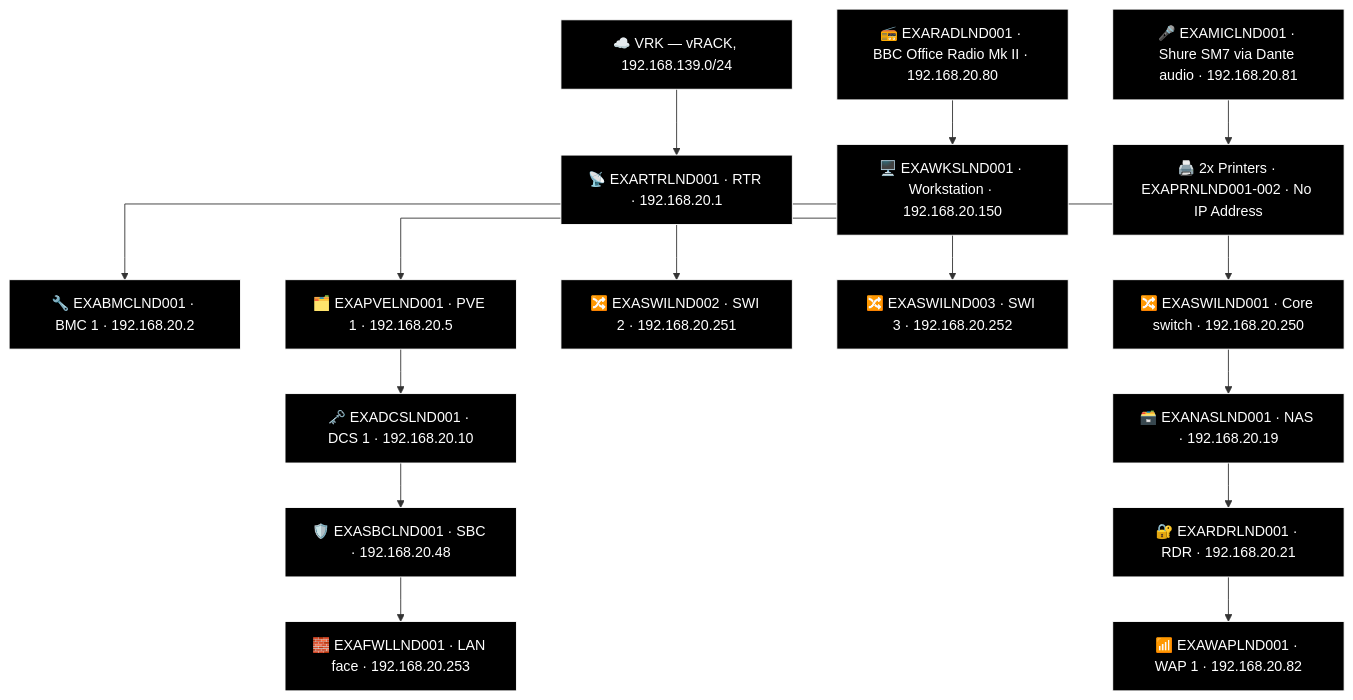
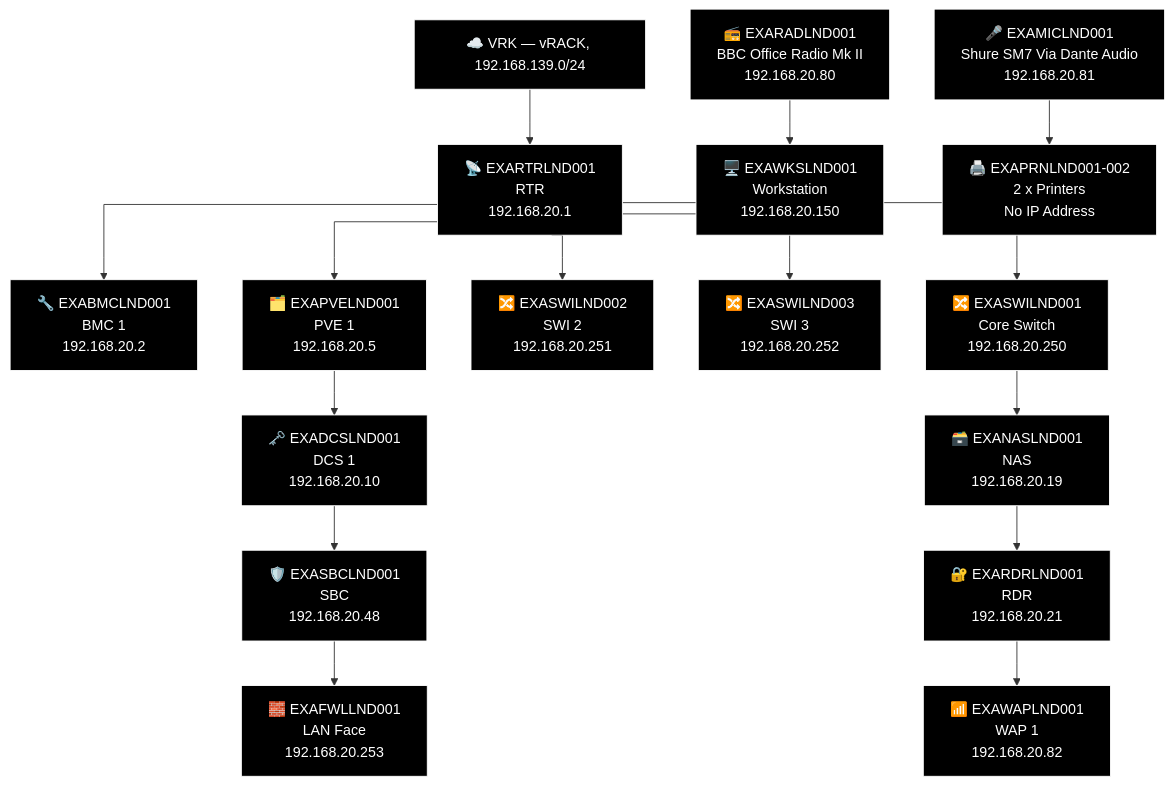
The second of 18 diagrams in docs/network-diagram/england.md (knightmare2600/example_music_infra), drawn with Mermaid before and after one commit. The commit also changed other lines of this file and 18 other files, not shown here.

````diff
--- a/docs/network-diagram/england.md
+++ b/docs/network-diagram/england.md
@@ -51,50 +51,50 @@
 ```mermaid
 %% GENERATED:TOPOLOGY:LND:START
 %%{init: {'flowchart': {'curve': 'stepAfter'}}}%%
 graph TD
     T_VRK["☁️ VRK — vRACK, 192.168.139.0/24"]
-    T_RTR["📡 EXARTRLND001 · RTR · 192.168.20.1"]
+    T_RTR["📡 EXARTRLND001<br/>RTR<br/>192.168.20.1"]
     T_VRK --> T_RTR
-    T_BMC["🔧 EXABMCLND001 · BMC 1 · 192.168.20.2"]
+    T_BMC["🔧 EXABMCLND001<br/>BMC 1<br/>192.168.20.2"]
     T_RTR --> T_BMC
-    T_PVE["🗂️ EXAPVELND001 · PVE 1 · 192.168.20.5"]
+    T_PVE["🗂️ EXAPVELND001<br/>PVE 1<br/>192.168.20.5"]
     T_RTR --> T_PVE
-    T_SWI["🔀 EXASWILND002 · SWI 2 · 192.168.20.251"]
+    T_SWI["🔀 EXASWILND002<br/>SWI 2<br/>192.168.20.251"]
     T_RTR --> T_SWI
-    T_SWI2["🔀 EXASWILND003 · SWI 3 · 192.168.20.252"]
+    T_SWI2["🔀 EXASWILND003<br/>SWI 3<br/>192.168.20.252"]
     T_RTR --> T_SWI2
-    T_SWI3["🔀 EXASWILND001 · Core switch · 192.168.20.250"]
+    T_SWI3["🔀 EXASWILND001<br/>Core Switch<br/>192.168.20.250"]
     T_RTR --> T_SWI3
-    T_NAS["🗃️ EXANASLND001 · NAS · 192.168.20.19"]
-    T_RDR["🔐 EXARDRLND001 · RDR · 192.168.20.21"]
-    T_WAP["📶 EXAWAPLND001 · WAP 1 · 192.168.20.82"]
+    T_NAS["🗃️ EXANASLND001<br/>NAS<br/>192.168.20.19"]
+    T_RDR["🔐 EXARDRLND001<br/>RDR<br/>192.168.20.21"]
+    T_WAP["📶 EXAWAPLND001<br/>WAP 1<br/>192.168.20.82"]
     T_SWI3 --> T_NAS --> T_RDR --> T_WAP
-    T_DCS["🗝️ EXADCSLND001 · DCS 1 · 192.168.20.10"]
-    T_SBC["🛡️ EXASBCLND001 · SBC · 192.168.20.48"]
-    T_FWL["🧱 EXAFWLLND001 · LAN face · 192.168.20.253"]
+    T_DCS["🗝️ EXADCSLND001<br/>DCS 1<br/>192.168.20.10"]
+    T_SBC["🛡️ EXASBCLND001<br/>SBC<br/>192.168.20.48"]
+    T_FWL["🧱 EXAFWLLND001<br/>LAN Face<br/>192.168.20.253"]
     T_PVE --> T_DCS --> T_SBC --> T_FWL
-    T_RAD["📻 EXARADLND001 · BBC Office Radio Mk II · 192.168.20.80"]
-    T_MIC["🎤 EXAMICLND001 · Shure SM7 via Dante audio · 192.168.20.81"]
-    T_WKS["🖥️ EXAWKSLND001 · Workstation · 192.168.20.150"]
-    T_OTH_PRN["🖨️ 2x Printers · EXAPRNLND001-002 · No IP Address"]
+    T_RAD["📻 EXARADLND001<br/>BBC Office Radio Mk II<br/>192.168.20.80"]
+    T_MIC["🎤 EXAMICLND001<br/>Shure SM7 Via Dante Audio<br/>192.168.20.81"]
+    T_WKS["🖥️ EXAWKSLND001<br/>Workstation<br/>192.168.20.150"]
+    T_OTH_PRN["🖨️ EXAPRNLND001-002<br/>2 x Printers<br/>No IP Address"]
     T_RAD --> T_WKS
     T_MIC --> T_OTH_PRN
     style T_VRK fill:#000000,stroke:#FFFFFF,color:#FFFFFF
     style T_RTR fill:#000000,stroke:#FFFFFF,color:#FFFFFF
     style T_BMC fill:#000000,stroke:#FFFFFF,color:#FFFFFF
     style T_PVE fill:#000000,stroke:#FFFFFF,color:#FFFFFF
     style T_SWI fill:#000000,stroke:#FFFFFF,color:#FFFFFF
     style T_SWI2 fill:#000000,stroke:#FFFFFF,color:#FFFFFF
     style T_SWI3 fill:#000000,stroke:#FFFFFF,color:#FFFFFF
     style T_NAS fill:#000000,stroke:#FFFFFF,color:#FFFFFF
     style T_RDR fill:#000000,stroke:#FFFFFF,color:#FFFFFF
     style T_WAP fill:#000000,stroke:#FFFFFF,color:#FFFFFF
     style T_DCS fill:#000000,stroke:#FFFFFF,color:#FFFFFF
     style T_SBC fill:#000000,stroke:#FFFFFF,color:#FFFFFF
     style T_FWL fill:#000000,stroke:#FFFFFF,color:#FFFFFF
     style T_RAD fill:#000000,stroke:#FFFFFF,color:#FFFFFF
     style T_MIC fill:#000000,stroke:#FFFFFF,color:#FFFFFF
     style T_WKS fill:#000000,stroke:#FFFFFF,color:#FFFFFF
     style T_OTH_PRN fill:#000000,stroke:#FFFFFF,color:#FFFFFF
 %% GENERATED:TOPOLOGY:LND:END
 ```
````
